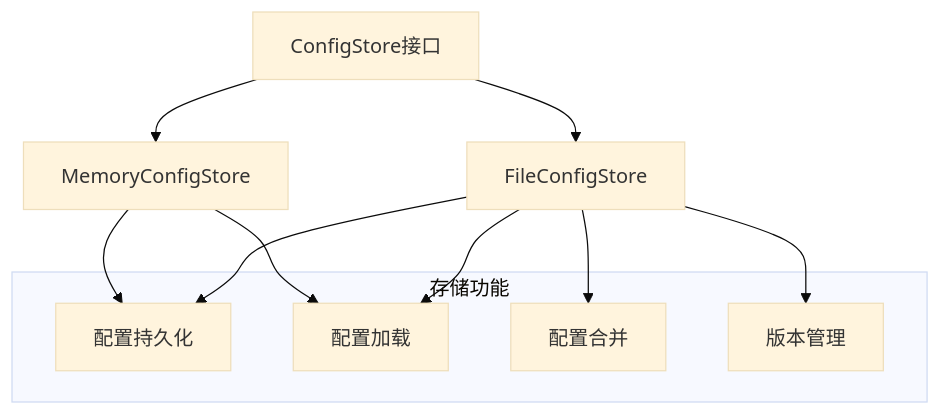
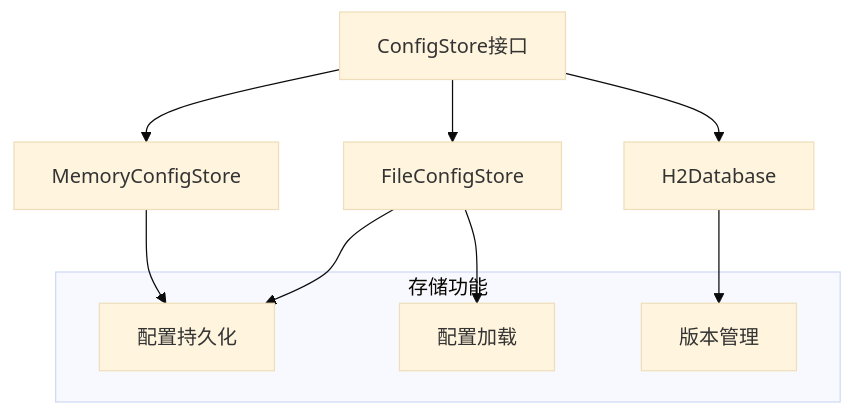
The eighth of 8 diagrams in docs/zh/development/architecture.md (Lincoln-cn/JAiRouter), drawn with Mermaid (base theme) before and after one commit. The commit also changed other lines of this file and 15 other files, not shown here.

````diff
--- a/docs/zh/development/architecture.md
+++ b/docs/zh/development/architecture.md
@@ -225,19 +221,17 @@
 ```mermaid
 graph TB
     A[ConfigStore接口] --> B[MemoryConfigStore]
     A --> C[FileConfigStore]
-    
+    A --> D[H2Database]
+
     subgraph "存储功能"
-        D[配置持久化]
-        E[配置加载]
-        F[配置合并]
+        E[配置持久化]
+        F[配置加载]
         G[版本管理]
     end
-    
-    B --> D
+
     B --> E
-    C --> D
     C --> E
     C --> F
-    C --> G
+    D --> G
 ```
````
